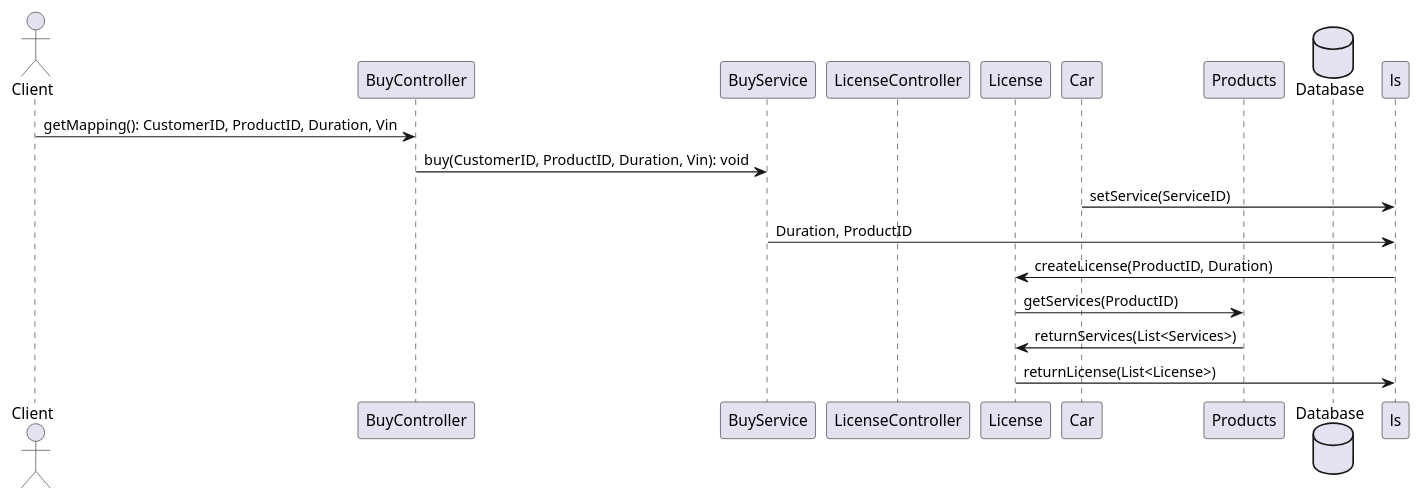
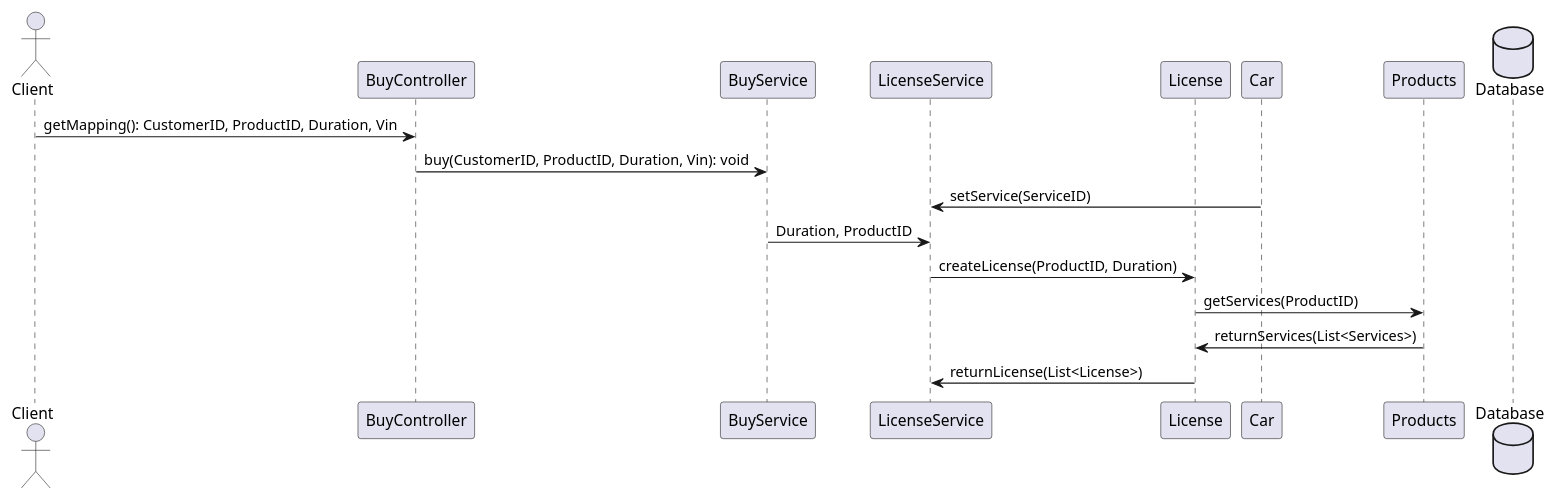
Before and after one commit to ljbg1996/car-backend: the diagram in SequenceBuy_1.puml, drawn with PlantUML. The commit also changed 1 other file, not shown here.

```diff
--- a/SequenceBuy_1.puml
+++ b/SequenceBuy_1.puml
@@ -1,28 +1,29 @@
 @startuml
 'https://plantuml.com/sequence-diagram
 
 actor Client as c
 participant BuyController as co
 participant BuyService as s
-participant LicenseController as lc
+'participant LicenseController as lc
+participant LicenseService as ls
 participant License as l
 participant Car as ca
 participant Products as p
 database Database as db
 
 c -> co: getMapping(): CustomerID, ProductID, Duration, Vin
 co-> s: buy(CustomerID, ProductID, Duration, Vin): void
 's -> ca: setProduct(ProductId, Vin)
 ca -> ls: setService(ServiceID)
 
 s-> ls: Duration, ProductID
 ls->  l: createLicense(ProductID, Duration)
 l->p: getServices(ProductID)
 p->l: returnServices(List<Services>)
 l->ls: returnLicense(List<License>)
 
 
 
 
 
 @enduml
```
